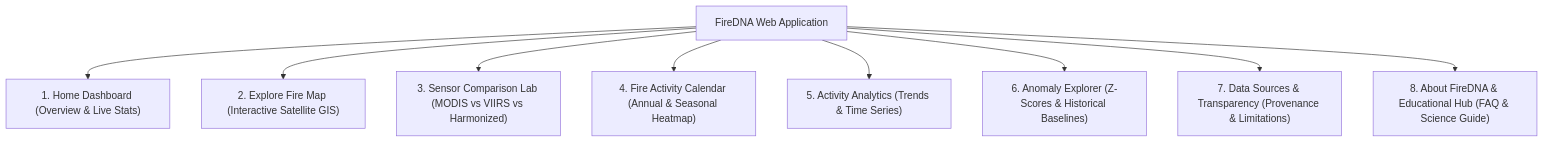
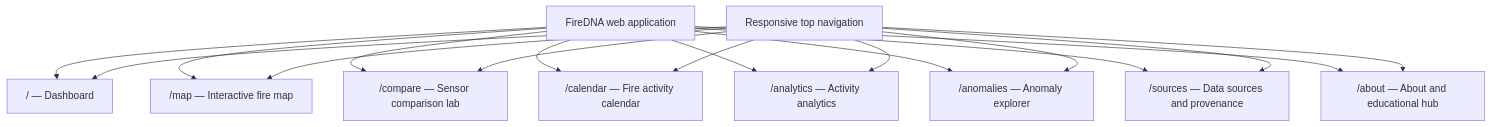
The diagram in docs/UI_UX_DESIGN.md (rid-coder-70/firedna), drawn with Mermaid before and after one commit. The commit also changed other lines of this file and 4 other files, not shown here.

Commit message:
Enhance documentation: Update README, development roadmap, system architecture, and UI/UX design to reflect project status and clarify functionality

````diff
--- a/docs/UI_UX_DESIGN.md
+++ b/docs/UI_UX_DESIGN.md
@@ -72,12 +72,21 @@
 ```mermaid
-graph TD
-    Root["FireDNA Web Application"]
-    Root --> P1["1. Home Dashboard (Overview & Live Stats)"]
-    Root --> P2["2. Explore Fire Map (Interactive Satellite GIS)"]
-    Root --> P3["3. Sensor Comparison Lab (MODIS vs VIIRS vs Harmonized)"]
-    Root --> P4["4. Fire Activity Calendar (Annual & Seasonal Heatmap)"]
-    Root --> P5["5. Activity Analytics (Trends & Time Series)"]
-    Root --> P6["6. Anomaly Explorer (Z-Scores & Historical Baselines)"]
-    Root --> P7["7. Data Sources & Transparency (Provenance & Limitations)"]
-    Root --> P8["8. About FireDNA & Educational Hub (FAQ & Science Guide)"]
+flowchart TD
+    Root["FireDNA web application"]
+    Root --> P1["/ — Dashboard"]
+    Root --> P2["/map — Interactive fire map"]
+    Root --> P3["/compare — Sensor comparison lab"]
+    Root --> P4["/calendar — Fire activity calendar"]
+    Root --> P5["/analytics — Activity analytics"]
+    Root --> P6["/anomalies — Anomaly explorer"]
+    Root --> P7["/sources — Data sources and provenance"]
+    Root --> P8["/about — About and educational hub"]
+    Nav["Responsive top navigation"]
+    Nav --> P1
+    Nav --> P2
+    Nav --> P3
+    Nav --> P4
+    Nav --> P5
+    Nav --> P6
+    Nav --> P7
+    Nav --> P8
 ```
````
